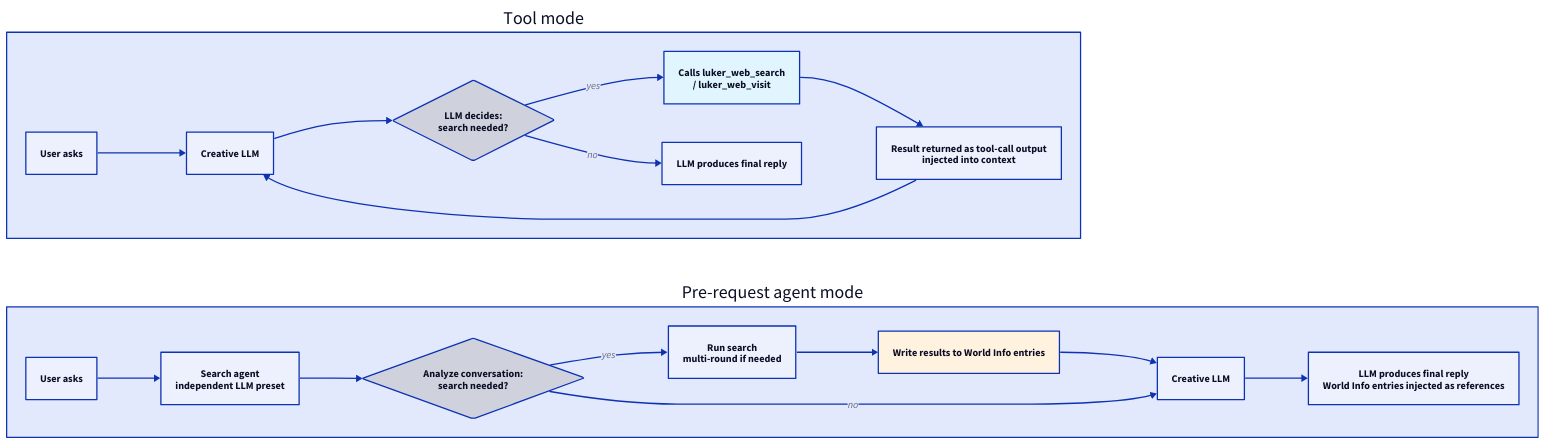
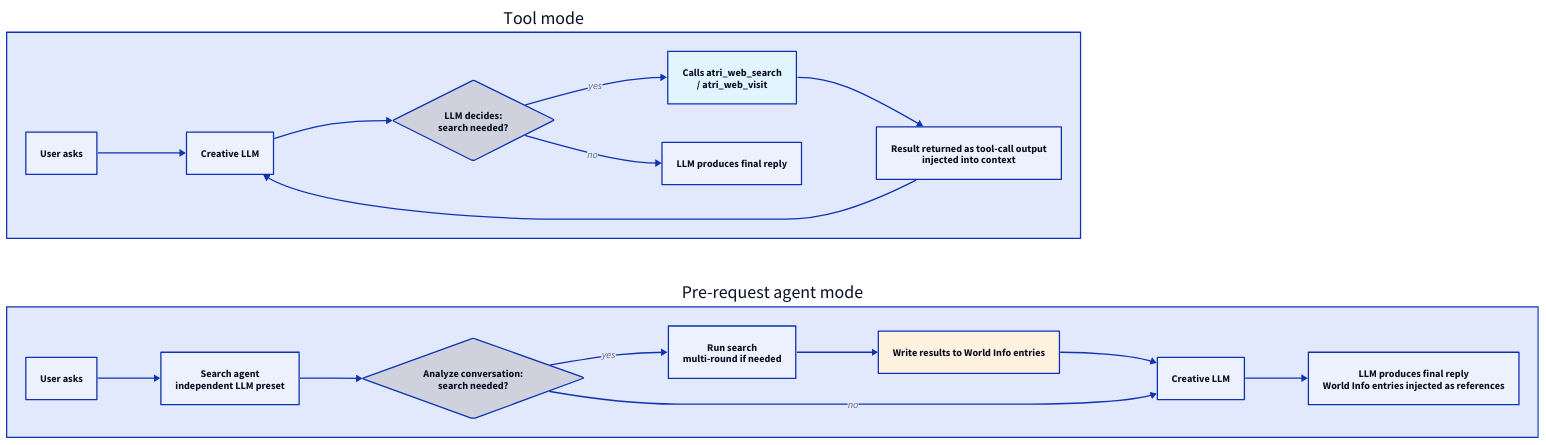
Before and after one commit to ZZZdragondYNGPHX/Atria: the diagram in docs/features/search-tools.md, drawn with D2. The commit also changed other lines of this file and 1235 other files, not shown here.

````diff
--- a/docs/features/search-tools.md
+++ b/docs/features/search-tools.md
@@ -7,41 +7,41 @@
 ```d2
 direction: right
 
 TOOL: "Tool mode" {
   T_USER: "User asks"
   T_LLM: "Creative LLM"
   T_DECIDE: "LLM decides:\nsearch needed?" {
     shape: diamond
   }
-  T_TOOL: "Calls luker_web_search\n/ luker_web_visit" {
+  T_TOOL: "Calls atri_web_search\n/ atri_web_visit" {
     style.fill: "#e1f5ff"
   }
   T_RESULT: "Result returned as tool-call output\ninjected into context"
   T_FINAL: "LLM produces final reply"
 
   T_USER -> T_LLM -> T_DECIDE
   T_DECIDE -> T_TOOL: "yes"
   T_TOOL -> T_RESULT
   T_RESULT -> T_LLM
   T_DECIDE -> T_FINAL: "no"
 }
 
 AGENT: "Pre-request agent mode" {
   A_USER: "User asks"
   A_AGENT: "Search agent\nindependent LLM preset"
   A_DECIDE: "Analyze conversation:\nsearch needed?" {
     shape: diamond
   }
   A_SEARCH: "Run search\nmulti-round if needed"
   A_WRITE: "Write results to World Info entries" {
     style.fill: "#fff3e0"
   }
   A_LLM: "Creative LLM"
   A_FINAL: "LLM produces final reply\nWorld Info entries injected as references"
 
   A_USER -> A_AGENT -> A_DECIDE
   A_DECIDE -> A_SEARCH: "yes"
   A_SEARCH -> A_WRITE -> A_LLM -> A_FINAL
   A_DECIDE -> A_LLM: "no"
 }
 ```
````
